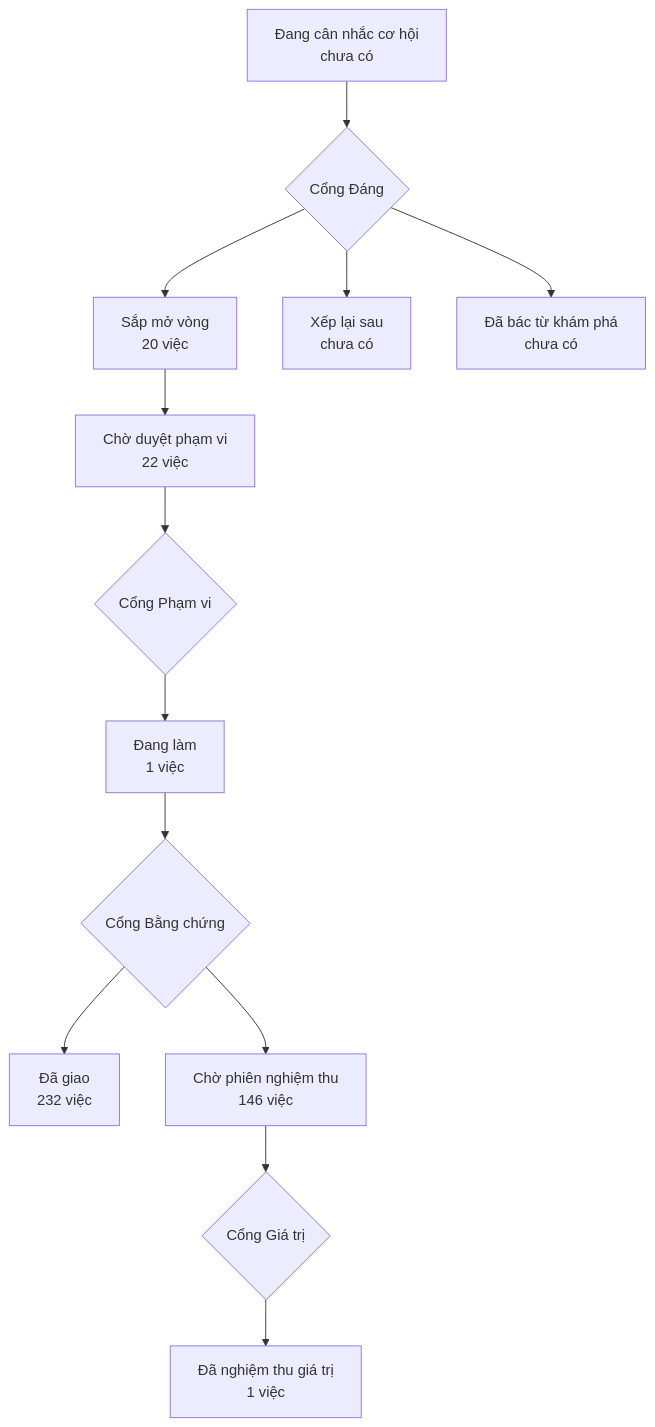
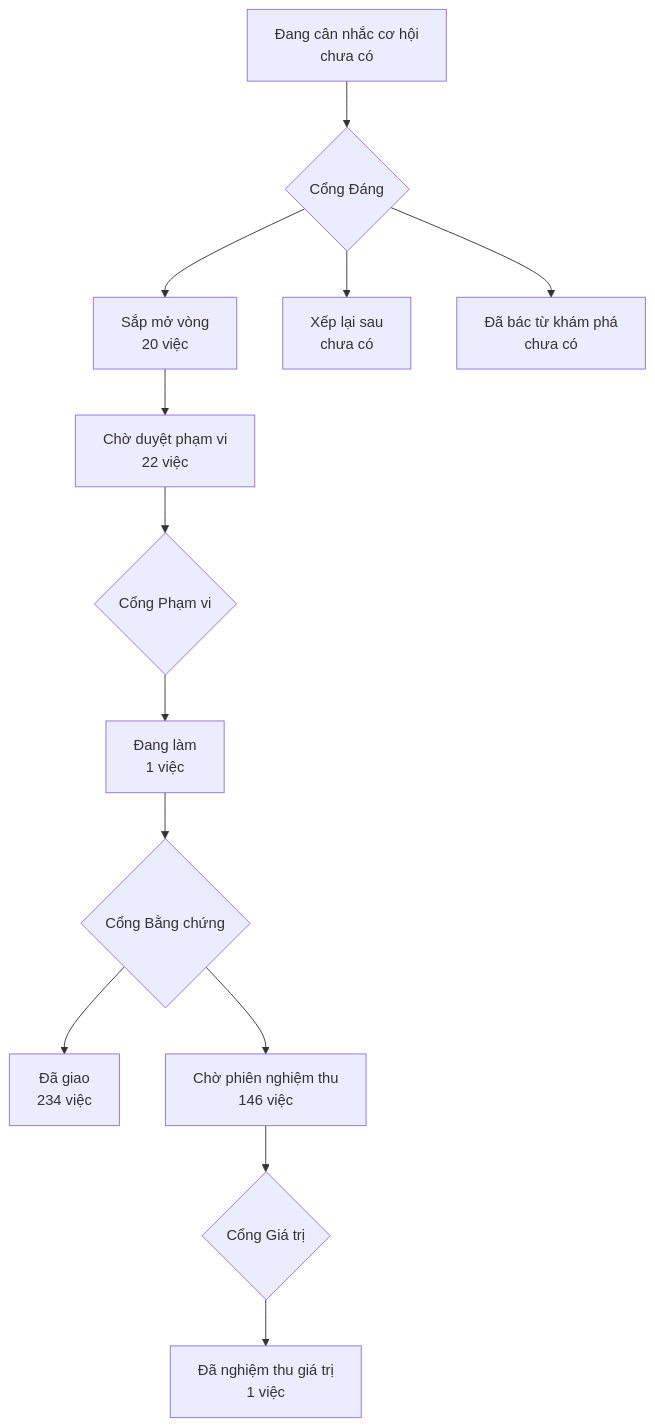
Before and after one commit to phanlemanh/onehub-invest: the diagram in PRODUCT-MAP.md, drawn with Mermaid. The commit also changed other lines of this file and 2 other files, not shown here.

Commit message:
chore(acceptance): dong-the-bo-sung-tin-theo-luat — gộp main a45a0dd7d (HT33), hợp đồng implemented, vẽ lại bản đồ (NB9)

````diff
--- a/PRODUCT-MAP.md
+++ b/PRODUCT-MAP.md
@@ -7,12 +7,12 @@
 ```mermaid
 flowchart TD
   A["Đang cân nhắc cơ hội<br/>chưa có"] --> GD{"Cổng Đáng"}
   GD --> B["Sắp mở vòng<br/>20 việc"]
   GD --> XL["Xếp lại sau<br/>chưa có"]
   GD --> DB["Đã bác từ khám phá<br/>chưa có"]
   B --> CD["Chờ duyệt phạm vi<br/>22 việc"] --> GP{"Cổng Phạm vi"}
   GP --> DL["Đang làm<br/>1 việc"] --> GB{"Cổng Bằng chứng"}
-  GB --> DG["Đã giao<br/>232 việc"]
+  GB --> DG["Đã giao<br/>234 việc"]
   GB --> CN["Chờ phiên nghiệm thu<br/>146 việc"] --> GG{"Cổng Giá trị"}
   GG --> NT["Đã nghiệm thu giá trị<br/>1 việc"]
 ```
````
